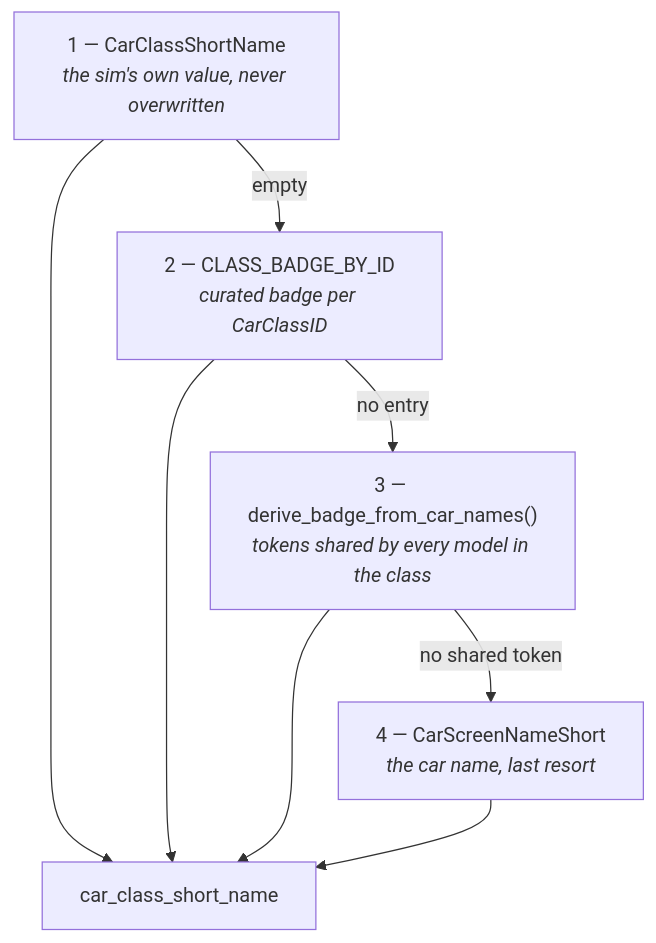
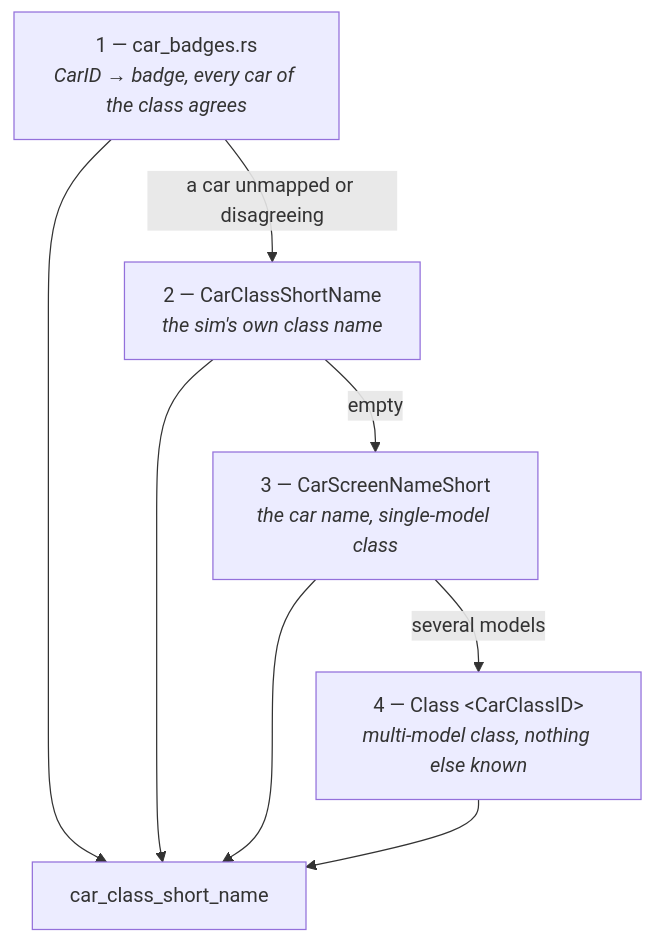
The fifth of 24 diagrams in docs/architecture.md (mvoof/Marble-Trace), drawn with Mermaid before and after one commit. The commit also changed other lines of this file and 11 other files, not shown here.

First line of the commit message:
feat(car-classes): badge classes from a CarID map instead of name heuristics (#565)

````diff
--- a/docs/architecture.md
+++ b/docs/architecture.md
@@ -338,14 +339,14 @@
 ```mermaid
 flowchart TB
-    S1["1 — CarClassShortName<br/><i>the sim's own value, never overwritten</i>"]
-    S2["2 — CLASS_BADGE_BY_ID<br/><i>curated badge per CarClassID</i>"]
-    S3["3 — derive_badge_from_car_names()<br/><i>tokens shared by every model in the class</i>"]
-    S4["4 — CarScreenNameShort<br/><i>the car name, last resort</i>"]
+    S1["1 — car_badges.rs<br/><i>CarID → badge, every car of the class agrees</i>"]
+    S2["2 — CarClassShortName<br/><i>the sim's own class name</i>"]
+    S3["3 — CarScreenNameShort<br/><i>the car name, single-model class</i>"]
+    S4["4 — Class &lt;CarClassID&gt;<br/><i>multi-model class, nothing else known</i>"]
     OUT["car_class_short_name"]
 
-    S1 -->|empty| S2 -->|no entry| S3 -->|no shared token| S4
+    S1 -->|a car unmapped or disagreeing| S2 -->|empty| S3 -->|several models| S4
     S1 --> OUT
     S2 --> OUT
     S3 --> OUT
     S4 --> OUT
 ```
````
